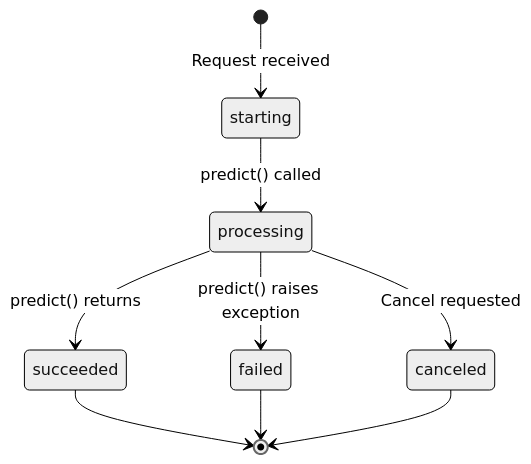
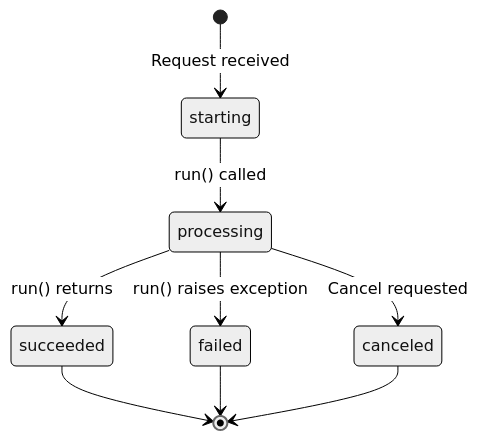
The second of 6 diagrams in architecture/03-prediction-api.md (replicate/cog), drawn with Mermaid (neutral theme) before and after one commit. The commit also changed other lines of this file and 73 other files, not shown here.

First line of the commit message:
feat: Rename predict to run with backward compatibility (#3015)

````diff
--- a/architecture/03-prediction-api.md
+++ b/architecture/03-prediction-api.md
@@ -103,11 +103,11 @@
 ```mermaid
 stateDiagram-v2
     [*] --> starting: Request received
-    starting --> processing: predict() called
-    processing --> succeeded: predict() returns
-    processing --> failed: predict() raises exception
+    starting --> processing: run() called
+    processing --> succeeded: run() returns
+    processing --> failed: run() raises exception
     processing --> canceled: Cancel requested
     succeeded --> [*]
     failed --> [*]
     canceled --> [*]
 ```
````
